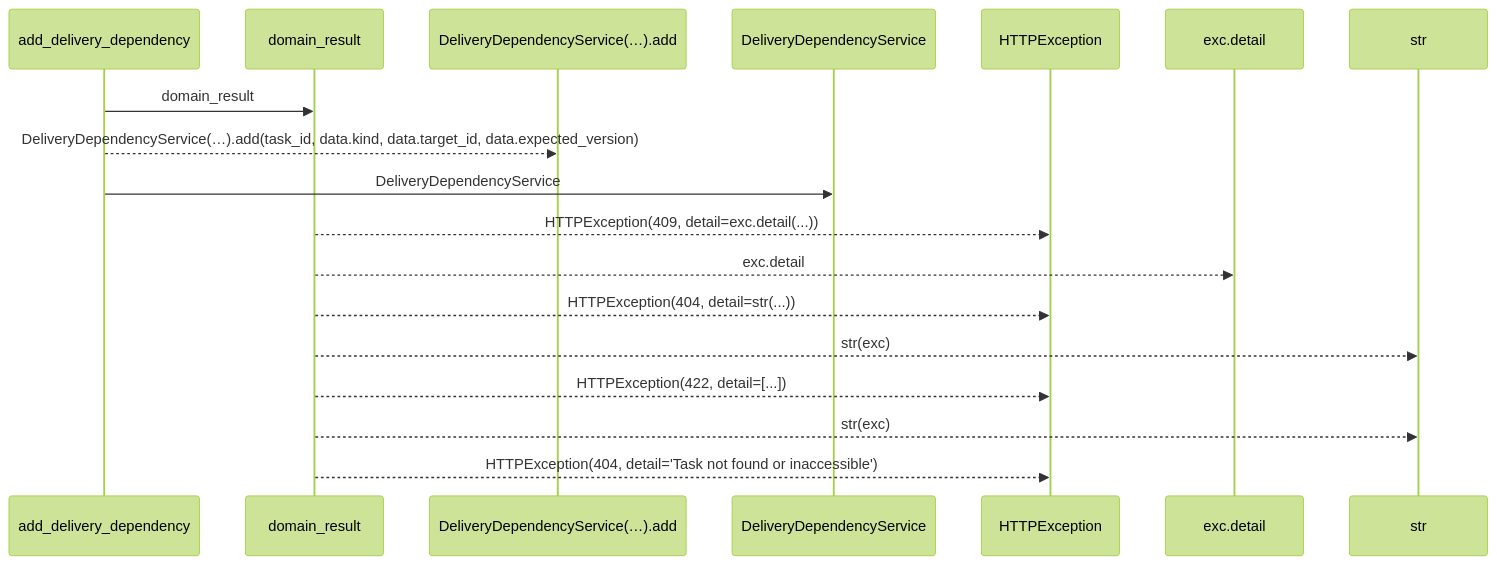
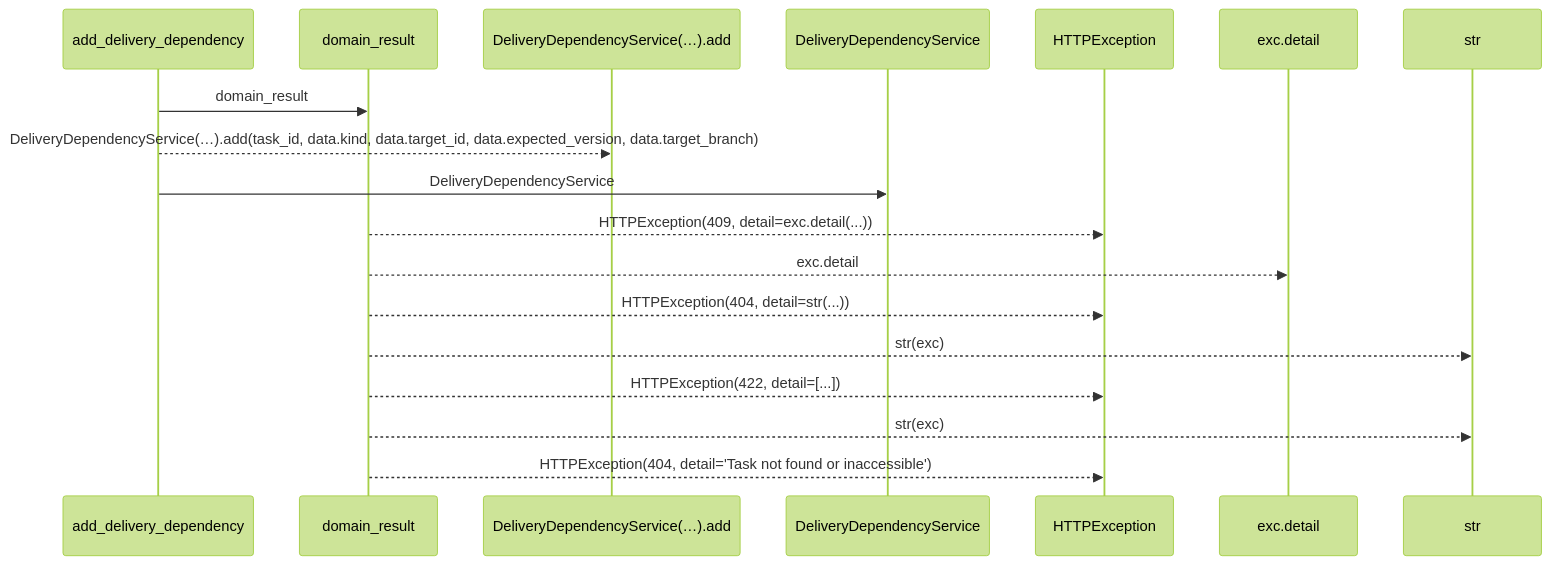
The first of 2 diagrams in docs/llm_wiki/flows/http-add_delivery_dependency.md (Denissvgn/WorkChord), drawn with Mermaid (forest theme) before and after one commit. The commit also changed other lines of this file and 1817 other files, not shown here.

First line of the commit message:
Refresh the architectural wiki for the 1.9.0 changes

````diff
--- a/docs/llm_wiki/flows/http-add_delivery_dependency.md
+++ b/docs/llm_wiki/flows/http-add_delivery_dependency.md
@@ -12,20 +12,20 @@
 ```mermaid
 sequenceDiagram
     participant p0 as add_delivery_dependency
     participant p1 as domain_result
     participant p2 as DeliveryDependencyService(…).add
     participant p3 as DeliveryDependencyService
     participant p4 as HTTPException
     participant p5 as exc.detail
     participant p6 as str
     p0->>p1: domain_result
-    p0-->>p2: DeliveryDependencyService(…).add(task_id, data.kind, data.target_id, data.expected_version)
+    p0-->>p2: DeliveryDependencyService(…).add(task_id, data.kind, data.target_id, data.expected_version, data.target_branch)
     p0->>p3: DeliveryDependencyService
     p1-->>p4: HTTPException(409, detail=exc.detail(...))
     p1-->>p5: exc.detail
     p1-->>p4: HTTPException(404, detail=str(...))
     p1-->>p6: str(exc)
     p1-->>p4: HTTPException(422, detail=[...])
     p1-->>p6: str(exc)
     p1-->>p4: HTTPException(404, detail='Task not found or inaccessible')
 ```
````
